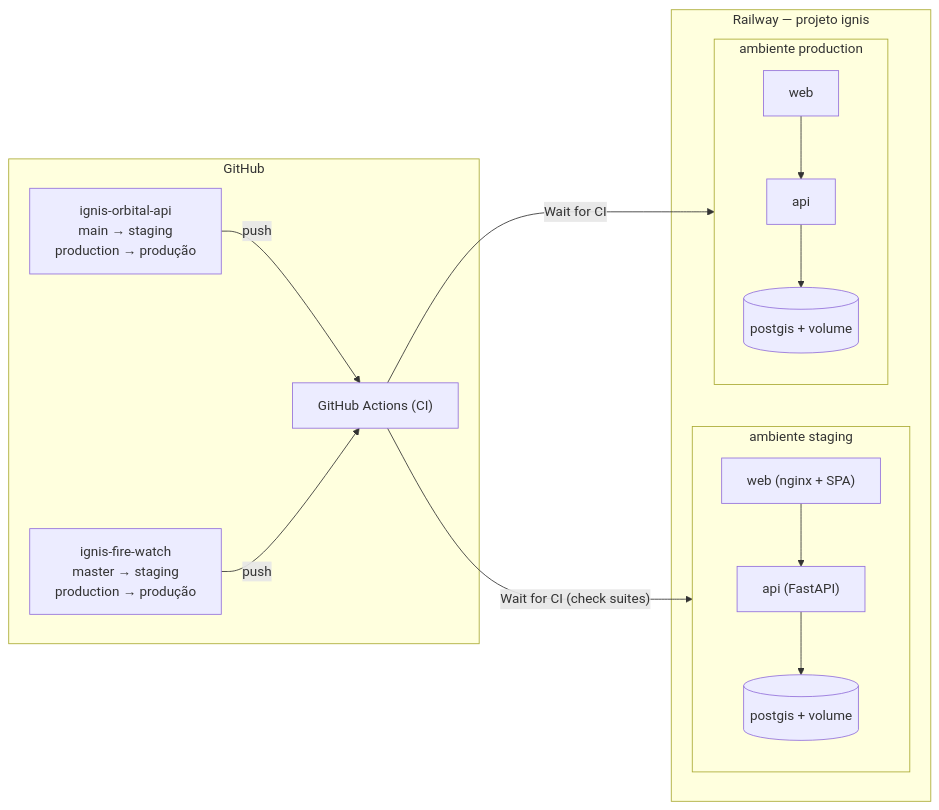
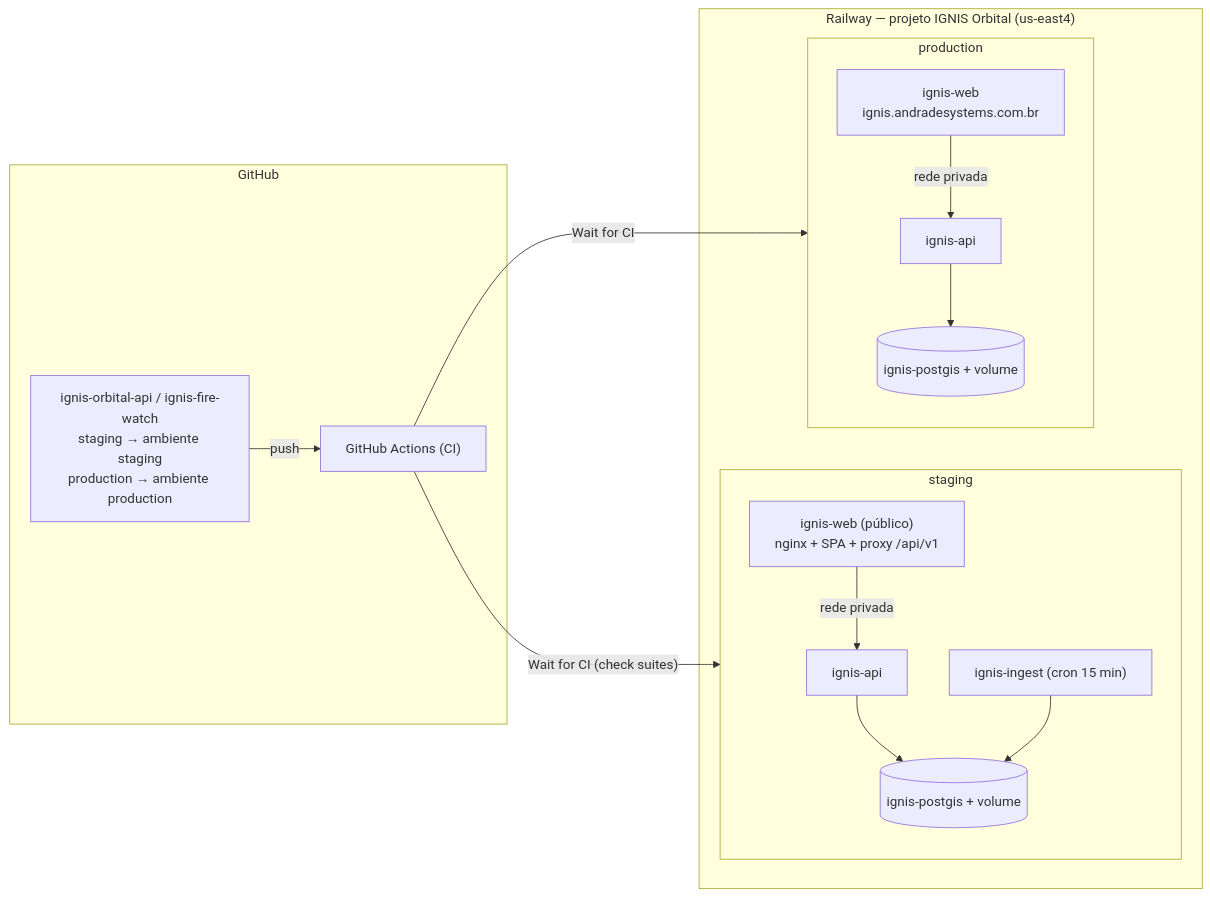
The diagram in docs/IGNIS/RAILWAY-DEPLOYMENT.md (eliasandraade/ignis-orbital-api), drawn with Mermaid before and after one commit. The commit also changed other lines of this file and 21 other files, not shown here.

First line of the commit message:
docs(ignis): provisionamento real no Railway, homologação de staging e bloqueios de produção

````diff
--- a/docs/IGNIS/RAILWAY-DEPLOYMENT.md
+++ b/docs/IGNIS/RAILWAY-DEPLOYMENT.md
@@ -14,20 +14,19 @@
 ```mermaid
 flowchart LR
   subgraph GH["GitHub"]
-    BM["ignis-orbital-api<br/>main → staging<br/>production → produção"]
-    FM["ignis-fire-watch<br/>master → staging<br/>production → produção"]
+    BS["ignis-orbital-api / ignis-fire-watch<br/>staging → ambiente staging<br/>production → ambiente production"]
     CI["GitHub Actions (CI)"]
   end
-  subgraph RW["Railway — projeto ignis"]
-    subgraph STG["ambiente staging"]
-      WEBs["web (nginx + SPA)"] --> APIs["api (FastAPI)"] --> PGs[("postgis + volume")]
+  subgraph RW["Railway — projeto IGNIS Orbital (us-east4)"]
+    subgraph STG["staging"]
+      WEBs["ignis-web (público)<br/>nginx + SPA + proxy /api/v1"] -- rede privada --> APIs["ignis-api"] --> PGs[("ignis-postgis + volume")]
+      INGs["ignis-ingest (cron 15 min)"] --> PGs
     end
-    subgraph PRD["ambiente production"]
-      WEBp["web"] --> APIp["api"] --> PGp[("postgis + volume")]
+    subgraph PRD["production"]
+      WEBp["ignis-web<br/>ignis.andradesystems.com.br"] -- rede privada --> APIp["ignis-api"] --> PGp[("ignis-postgis + volume")]
     end
   end
-  BM -- push --> CI
-  FM -- push --> CI
+  BS -- push --> CI
   CI -- "Wait for CI (check suites)" --> STG
   CI -- "Wait for CI" --> PRD
 ```
````
